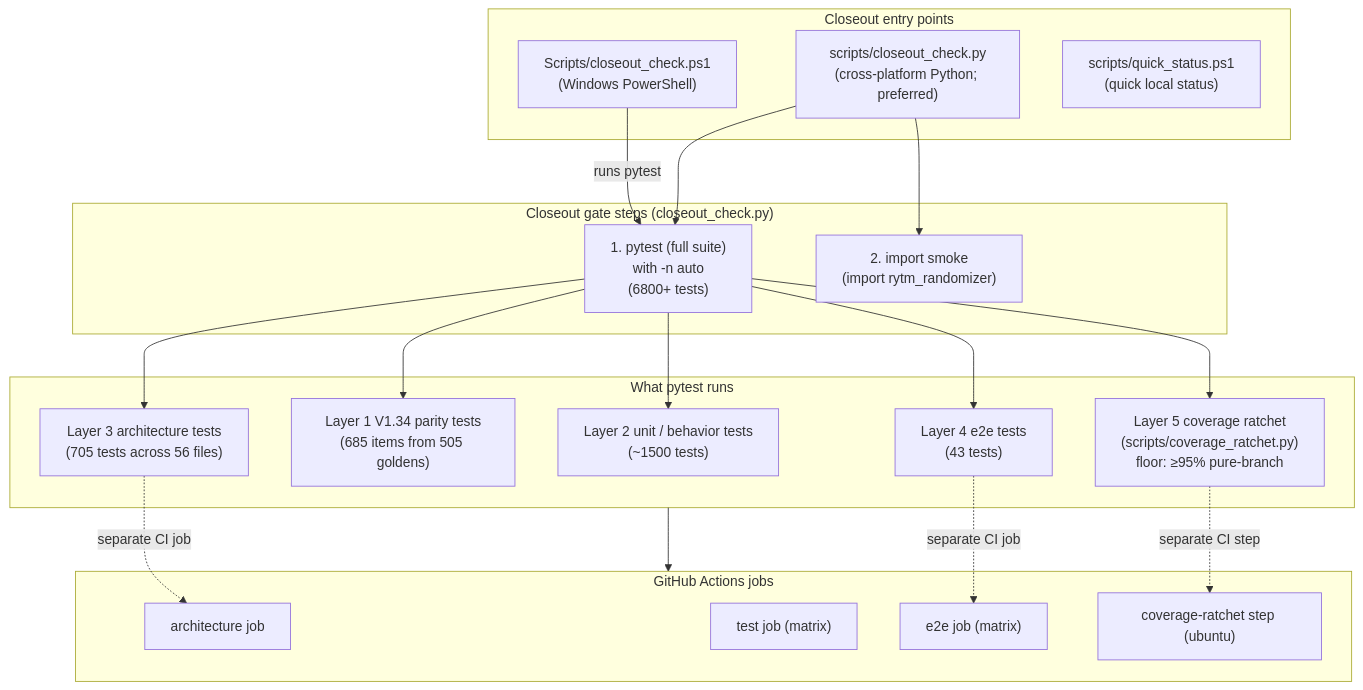
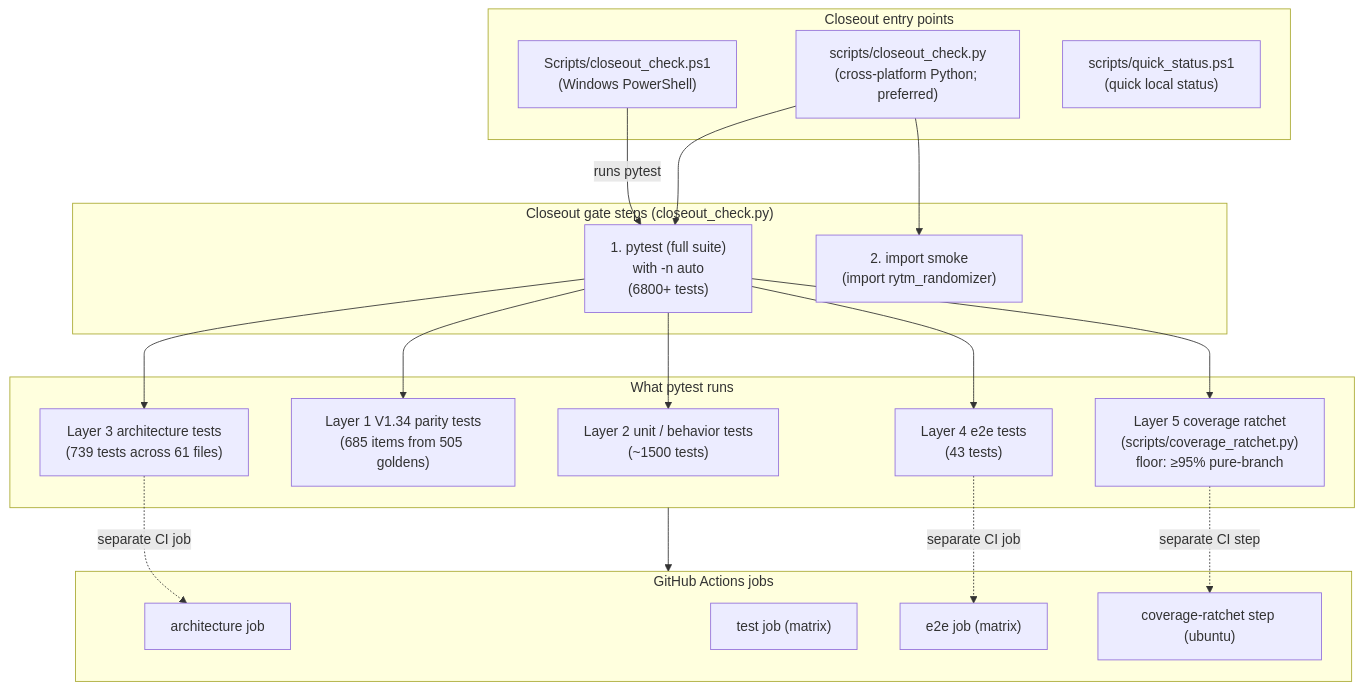
Before and after one commit to buzzijose-hub/RytmRandomizer: diagram 24 of 34 in docs/ARCHITECTURE_DIAGRAMS.md, drawn with Mermaid. The commit also changed other lines of this file and 79 other files, not shown here.

````diff
--- a/docs/ARCHITECTURE_DIAGRAMS.md
+++ b/docs/ARCHITECTURE_DIAGRAMS.md
@@ -1759,43 +1788,43 @@
 ```mermaid
 flowchart TB
     subgraph Entry["Closeout entry points"]
         CloseoutPS1["Scripts/closeout_check.ps1<br/>(Windows PowerShell)"]
         CloseoutPy["scripts/closeout_check.py<br/>(cross-platform Python; preferred)"]
         QuickStatus["scripts/quick_status.ps1<br/>(quick local status)"]
     end
 
     subgraph GateSteps["Closeout gate steps (closeout_check.py)"]
         Step1["1. pytest (full suite)<br/>with -n auto<br/>(6800+ tests)"]
         Step2["2. import smoke<br/>(import rytm_randomizer)"]
     end
 
     subgraph PytestLayers["What pytest runs"]
         PassiveTests["Layer 2 unit / behavior tests<br/>(~1500 tests)"]
         ParityTests["Layer 1 V1.34 parity tests<br/>(685 items from 505 goldens)"]
-        ArchTests["Layer 3 architecture tests<br/>(705 tests across 56 files)"]
+        ArchTests["Layer 3 architecture tests<br/>(739 tests across 61 files)"]
         E2ETests["Layer 4 e2e tests<br/>(43 tests)"]
         CovStep["Layer 5 coverage ratchet<br/>(scripts/coverage_ratchet.py)<br/>floor: ≥95% pure-branch"]
     end
 
     subgraph CIJobs["GitHub Actions jobs"]
         CIArch["architecture job"]
         CITest["test job (matrix)"]
         CIE2E["e2e job (matrix)"]
         CIRatchet["coverage-ratchet step (ubuntu)"]
     end
 
     CloseoutPS1 -->|"runs pytest"| Step1
     CloseoutPy --> Step1
     CloseoutPy --> Step2
 
     Step1 --> PassiveTests
     Step1 --> ParityTests
     Step1 --> ArchTests
     Step1 --> E2ETests
     Step1 --> CovStep
 
     PytestLayers --> CIJobs
     ArchTests -.->|"separate CI job"| CIArch
     E2ETests -.->|"separate CI job"| CIE2E
     CovStep -.->|"separate CI step"| CIRatchet
 ```
````
